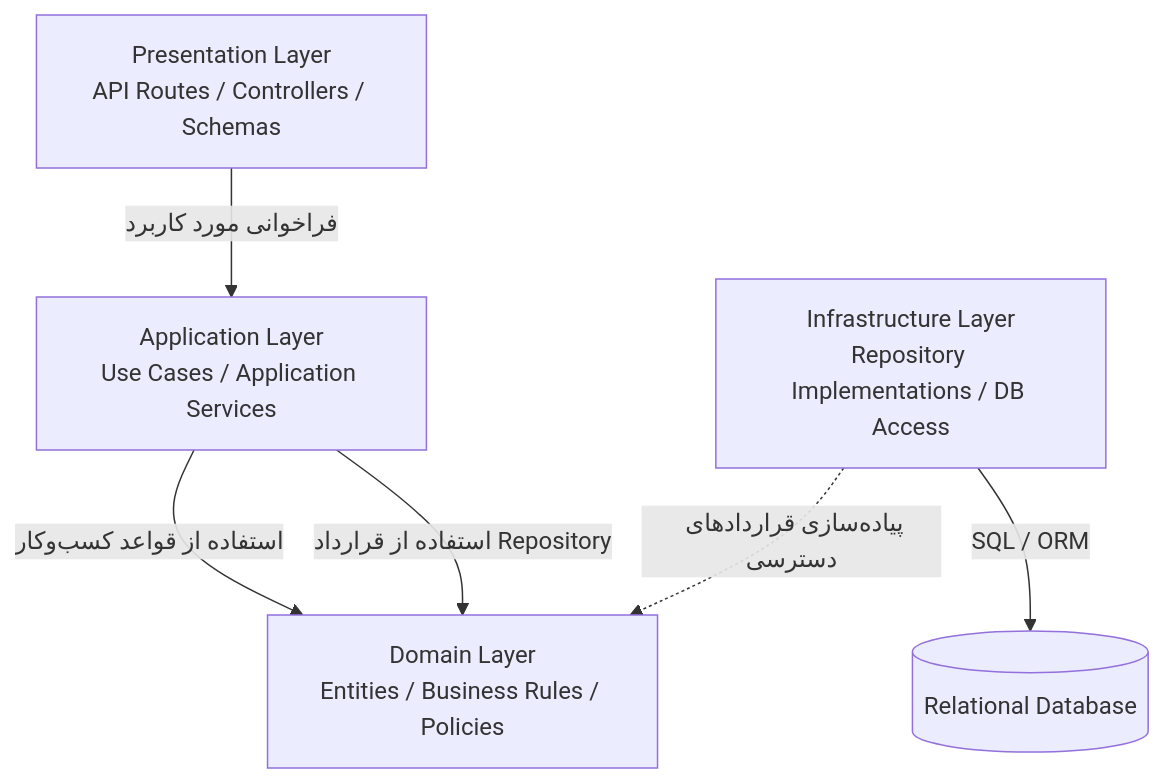
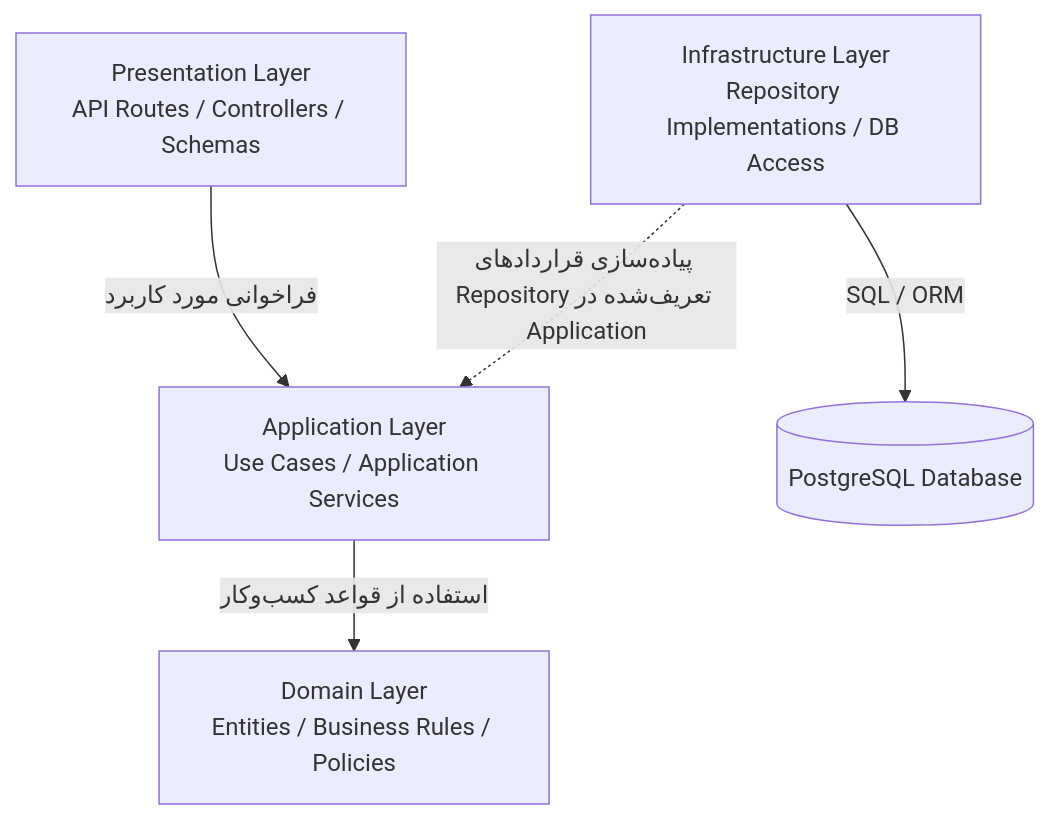
One commit to ARKN11/GaranTech changed the diagram in docs/design/architecture/layered-architecture.md. Above: the diagram before and after it, drawn with Mermaid. The commit also changed other lines of this file, not shown here.

Commit message:
docs: clarify repository ports and PostgreSQL dependency direction

````diff
--- a/docs/design/architecture/layered-architecture.md
+++ b/docs/design/architecture/layered-architecture.md
@@ -17,14 +17,13 @@
 ```mermaid
 flowchart TB
     P["Presentation Layer<br/>API Routes / Controllers / Schemas"]
     A["Application Layer<br/>Use Cases / Application Services"]
     D["Domain Layer<br/>Entities / Business Rules / Policies"]
     I["Infrastructure Layer<br/>Repository Implementations / DB Access"]
-    DB[("Relational Database")]
+    DB[("PostgreSQL Database")]
 
     P -->|"فراخوانی مورد کاربرد"| A
     A -->|"استفاده از قواعد کسب‌وکار"| D
-    A -->|"استفاده از قرارداد Repository"| D
-    I -.->|"پیاده‌سازی قراردادهای دسترسی"| D
+    I -.->|"پیاده‌سازی قراردادهای Repository تعریف‌شده در Application"| A
     I -->|"SQL / ORM"| DB
 ```
````
